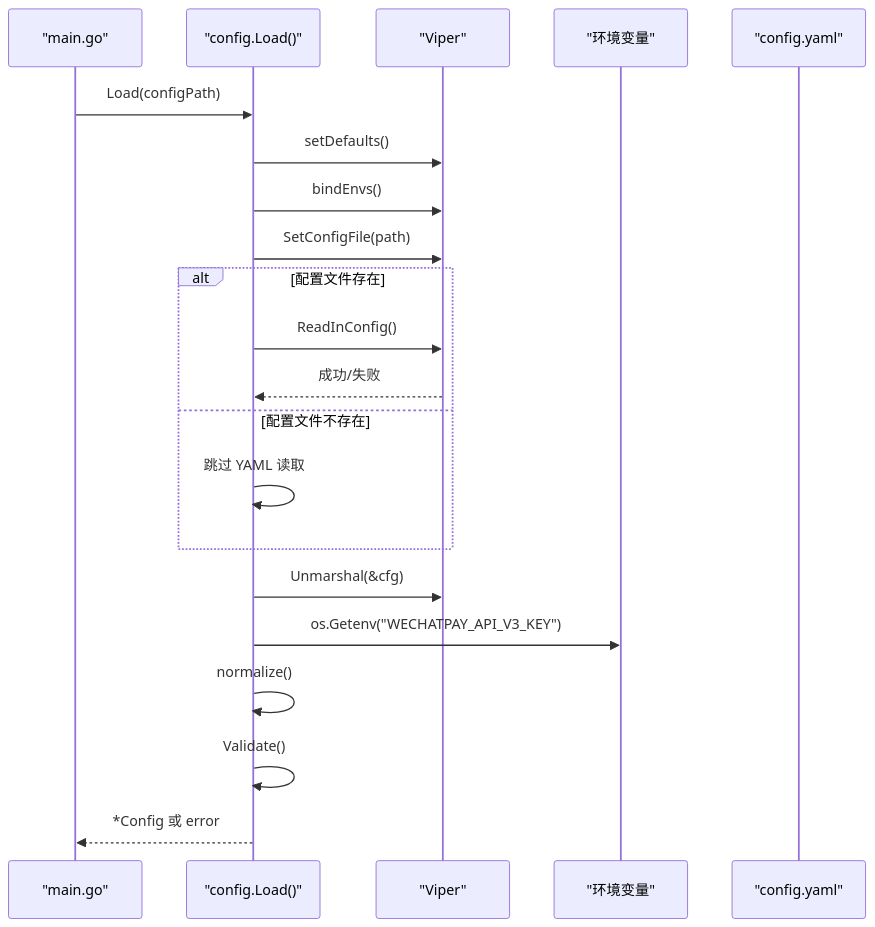
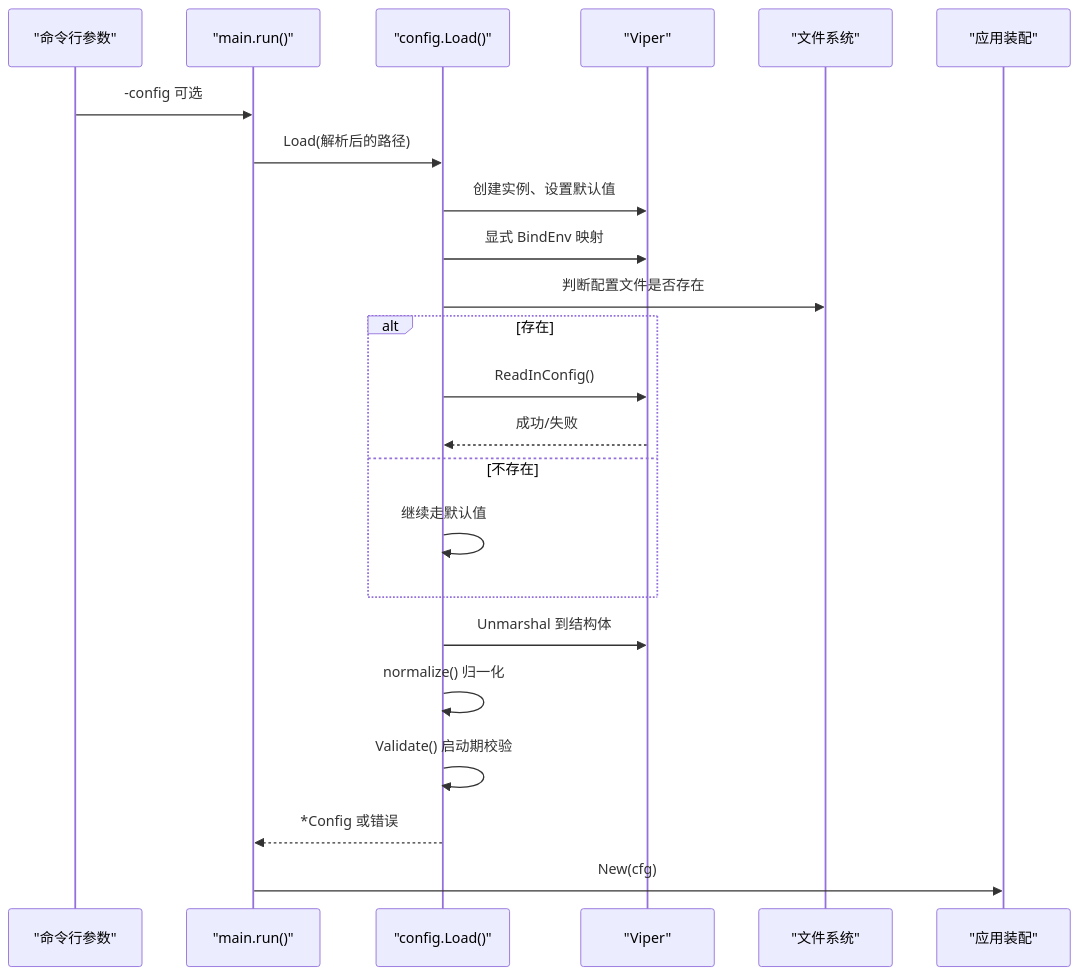
Before and after one commit to gbtdesign/payment: the second of 7 diagrams in .qoder/repowiki/zh/content/配置管理.md, drawn with Mermaid. The commit also changed other lines of this file and 107 other files, not shown here.

````diff
--- a/.qoder/repowiki/zh/content/配置管理.md
+++ b/.qoder/repowiki/zh/content/配置管理.md
@@ -97,23 +64,25 @@
 ```mermaid
 sequenceDiagram
-participant Main as "main.go"
-participant Config as "config.Load()"
-participant Viper as "Viper"
-participant Env as "环境变量"
-participant File as "config.yaml"
-Main->>Config : Load(configPath)
-Config->>Viper : setDefaults()
-Config->>Viper : bindEnvs()
-Config->>Viper : SetConfigFile(path)
-alt 配置文件存在
-Config->>Viper : ReadInConfig()
-Viper-->>Config : 成功/失败
-else 配置文件不存在
-Config->>Config : 跳过 YAML 读取
+participant CLI as "命令行参数"
+participant Main as "main.run()"
+participant Cfg as "config.Load()"
+participant V as "Viper"
+participant FS as "文件系统"
+participant App as "应用装配"
+CLI->>Main : -config 可选
+Main->>Cfg : Load(解析后的路径)
+Cfg->>V : 创建实例、设置默认值
+Cfg->>V : 显式 BindEnv 映射
+Cfg->>FS : 判断配置文件是否存在
+alt 存在
+Cfg->>V : ReadInConfig()
+V-->>Cfg : 成功/失败
+else 不存在
+Cfg->>Cfg : 继续走默认值
 end
-Config->>Viper : Unmarshal(&cfg)
-Config->>Env : os.Getenv("WECHATPAY_API_V3_KEY")
-Config->>Config : normalize()
-Config->>Config : Validate()
-Config-->>Main : *Config 或 error
+Cfg->>V : Unmarshal 到结构体
+Cfg->>Cfg : normalize() 归一化
+Cfg->>Cfg : Validate() 启动期校验
+Cfg-->>Main : *Config 或错误
+Main->>App : New(cfg)
 ```
````
